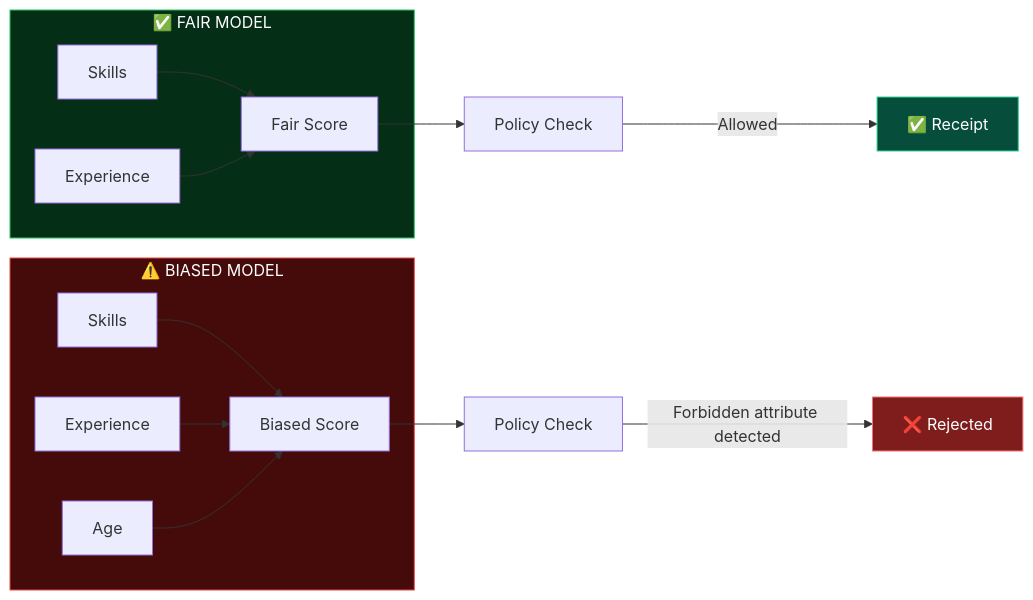
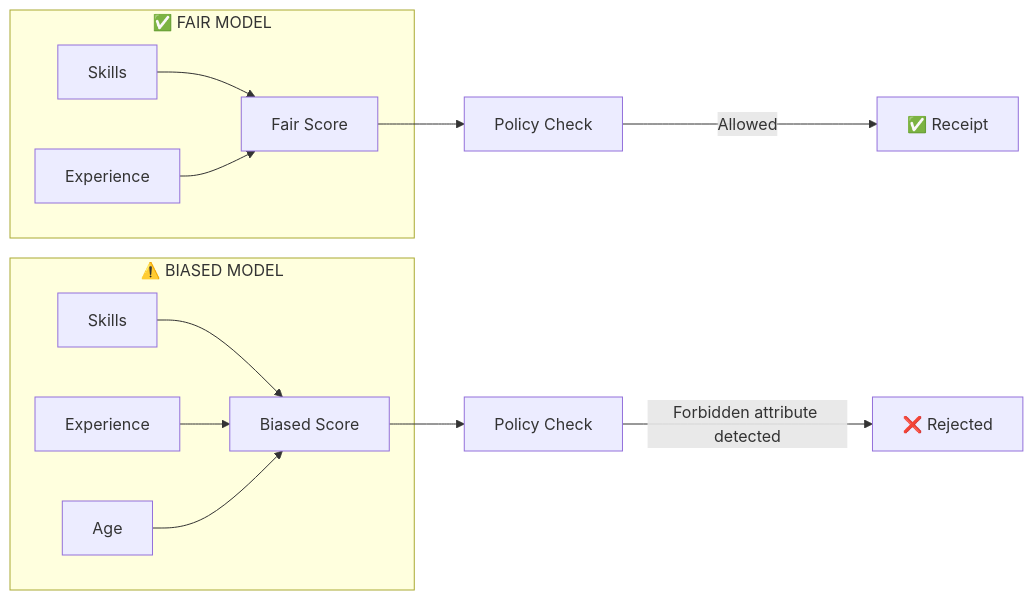
Before and after one commit to Eman2123/fairglass: the third of 3 diagrams in README.md, drawn with Mermaid. The commit also changed other lines of this file, not shown here.

Commit message:
polish FairGlass README branding and intro

````diff
--- a/README.md
+++ b/README.md
@@ -149,31 +127,26 @@
 ```mermaid
 flowchart LR
     subgraph FAIR["✅ FAIR MODEL"]
         F1["Skills"]
         F2["Experience"]
         F3["Fair Score"]
         F1 --> F3
         F2 --> F3
     end
 
     subgraph BIASED["⚠️ BIASED MODEL"]
         B1["Skills"]
         B2["Experience"]
         B3["Age"]
         B4["Biased Score"]
         B1 --> B4
         B2 --> B4
         B3 --> B4
     end
 
     F3 --> P1["Policy Check"]
     B4 --> P2["Policy Check"]
 
     P1 -->|"Allowed"| PASS["✅ Receipt"]
     P2 -->|"Forbidden attribute detected"| FAIL["❌ Rejected"]
-
-    style FAIR fill:#052e16,color:#fff,stroke:#22c55e
-    style BIASED fill:#450a0a,color:#fff,stroke:#ef4444
-    style PASS fill:#064e3b,color:#fff,stroke:#34d399
-    style FAIL fill:#7f1d1d,color:#fff,stroke:#f87171
 ```
````
